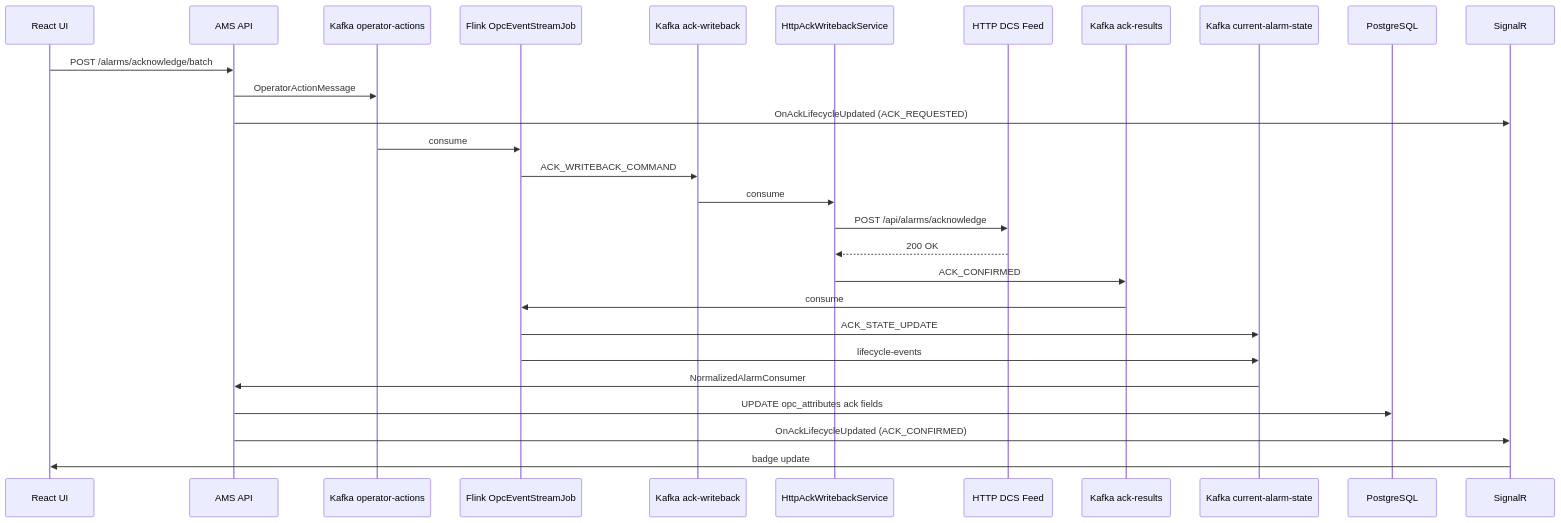
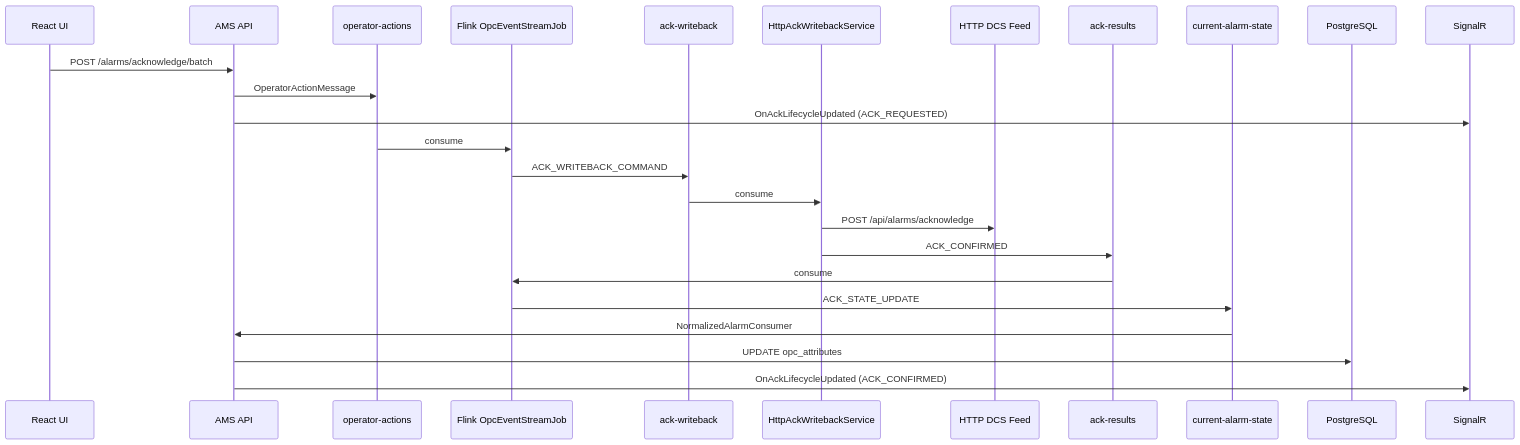
Before and after one commit to tofelemed/AMS-OpenBridge: the second of 2 diagrams in docs/complete-project-workflow.md, drawn with Mermaid. The commit also changed other lines of this file and 90 other files, not shown here.

````diff
--- a/docs/complete-project-workflow.md
+++ b/docs/complete-project-workflow.md
@@ -874,31 +737,28 @@
 ```mermaid
 sequenceDiagram
     participant UI as React UI
     participant API as AMS API
-    participant K1 as Kafka operator-actions
+    participant K1 as operator-actions
     participant FL as Flink OpcEventStreamJob
-    participant K2 as Kafka ack-writeback
+    participant K2 as ack-writeback
     participant WB as HttpAckWritebackService
     participant DCS as HTTP DCS Feed
-    participant K3 as Kafka ack-results
-    participant K4 as Kafka current-alarm-state
+    participant K3 as ack-results
+    participant K4 as current-alarm-state
     participant PG as PostgreSQL
     participant SR as SignalR
 
     UI->>API: POST /alarms/acknowledge/batch
     API->>K1: OperatorActionMessage
     API->>SR: OnAckLifecycleUpdated (ACK_REQUESTED)
     K1->>FL: consume
     FL->>K2: ACK_WRITEBACK_COMMAND
     K2->>WB: consume
     WB->>DCS: POST /api/alarms/acknowledge
-    DCS-->>WB: 200 OK
     WB->>K3: ACK_CONFIRMED
     K3->>FL: consume
     FL->>K4: ACK_STATE_UPDATE
-    FL->>K4: lifecycle-events
     K4->>API: NormalizedAlarmConsumer
-    API->>PG: UPDATE opc_attributes ack fields
+    API->>PG: UPDATE opc_attributes
     API->>SR: OnAckLifecycleUpdated (ACK_CONFIRMED)
-    SR->>UI: badge update
 ```
````
